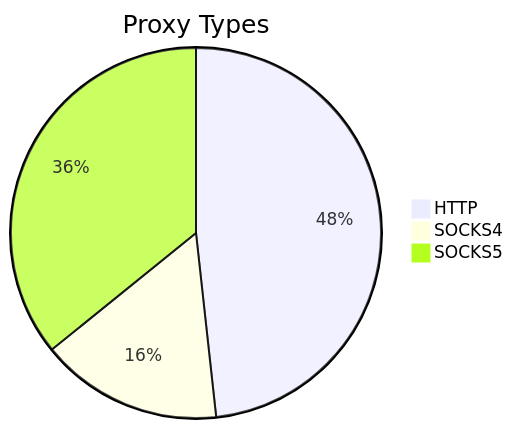
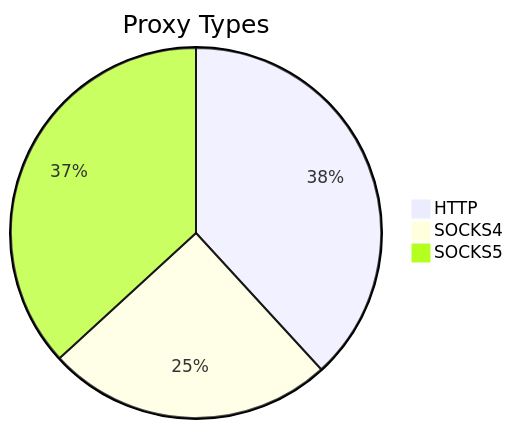
The first of 2 diagrams in README.md (stormsia/proxy-list), drawn with Mermaid before and after one commit. The commit also changed other lines of this file, not shown here.

````diff
--- a/README.md
+++ b/README.md
@@ -21,6 +21,6 @@
 ```mermaid
 pie title Proxy Types
-    "HTTP" : 97
-    "SOCKS4" : 32
-    "SOCKS5" : 72
+    "HTTP" : 168
+    "SOCKS4" : 110
+    "SOCKS5" : 162
 ```
````
